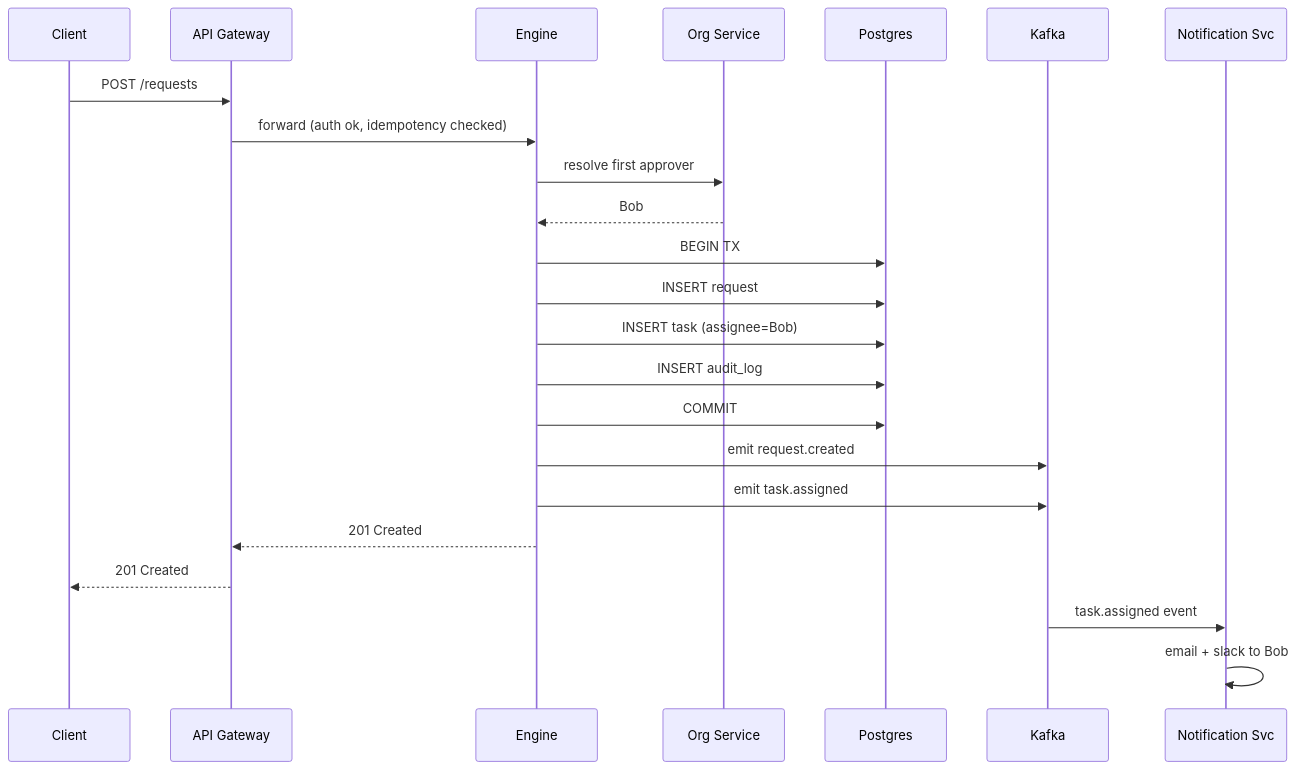
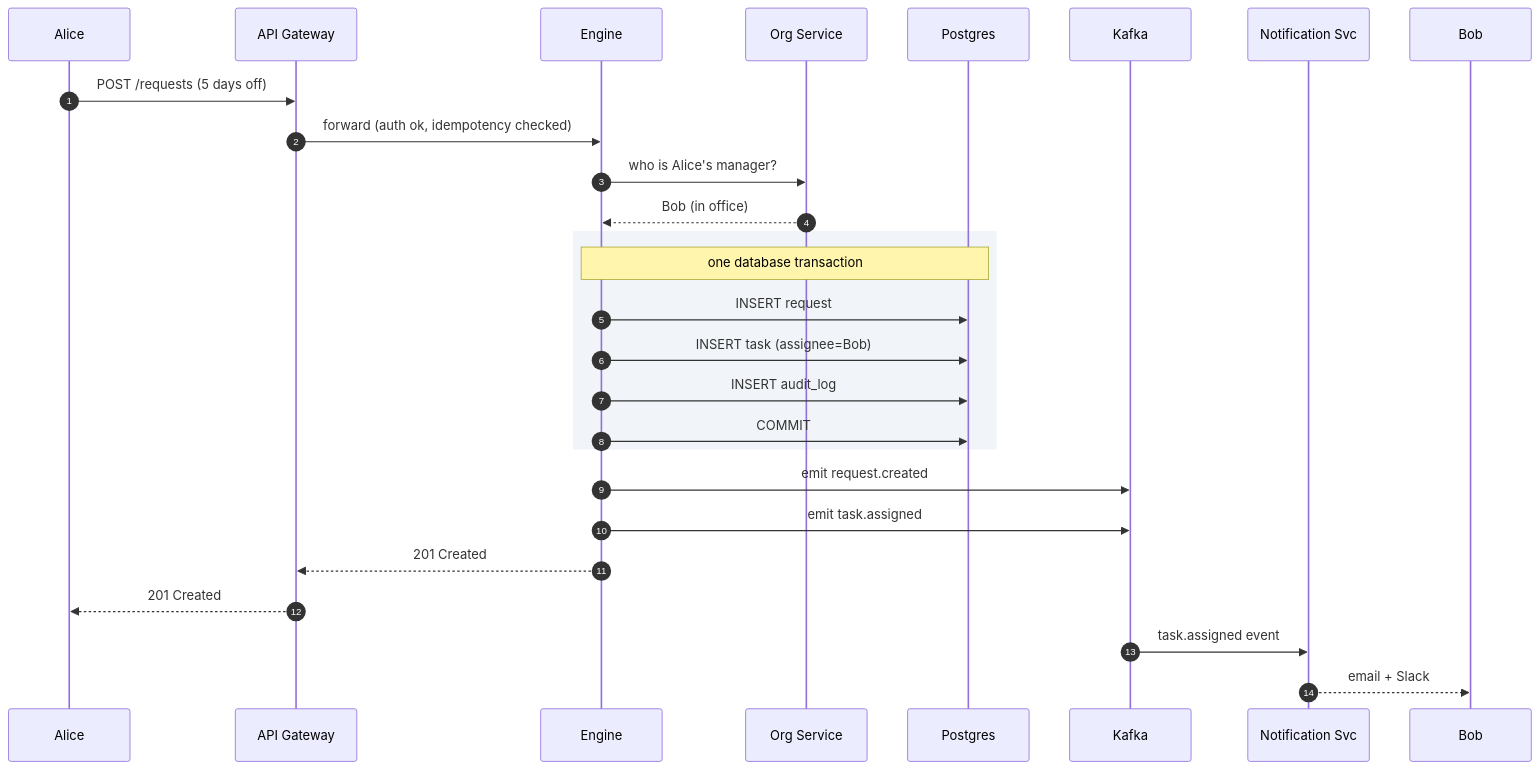
The fourth of 5 diagrams in problems/011-approval-management/solution.md (shiningflash/system-design), drawn with Mermaid before and after one commit. The commit also changed other lines of this file and 1 other file, not shown here.

First line of the commit message:
011 approval: clearer prose, color-grouped mermaid, build-up architecture

````diff
--- a/problems/011-approval-management/solution.md
+++ b/problems/011-approval-management/solution.md
@@ -365,26 +359,31 @@
 ```mermaid
 sequenceDiagram
-    participant Client
-    participant Gateway as API Gateway
-    participant Engine
-    participant Org as Org Service
+    autonumber
+    participant Alice
+    participant GW as API Gateway
+    participant E as Engine
+    participant O as Org Service
     participant DB as Postgres
-    participant Kafka
-    participant Notify as Notification Svc
+    participant K as Kafka
+    participant N as Notification Svc
 
-    Client->>Gateway: POST /requests
-    Gateway->>Engine: forward (auth ok, idempotency checked)
-    Engine->>Org: resolve first approver
-    Org-->>Engine: Bob
-    Engine->>DB: BEGIN TX
-    Engine->>DB: INSERT request
-    Engine->>DB: INSERT task (assignee=Bob)
-    Engine->>DB: INSERT audit_log
-    Engine->>DB: COMMIT
-    Engine->>Kafka: emit request.created
-    Engine->>Kafka: emit task.assigned
-    Engine-->>Gateway: 201 Created
-    Gateway-->>Client: 201 Created
-    Kafka->>Notify: task.assigned event
-    Notify->>Notify: email + slack to Bob
+    Alice->>GW: POST /requests (5 days off)
+    GW->>E: forward (auth ok, idempotency checked)
+    E->>O: who is Alice's manager?
+    O-->>E: Bob (in office)
+
+    rect rgb(241, 245, 249)
+        Note over E,DB: one database transaction
+        E->>DB: INSERT request
+        E->>DB: INSERT task (assignee=Bob)
+        E->>DB: INSERT audit_log
+        E->>DB: COMMIT
+    end
+
+    E->>K: emit request.created
+    E->>K: emit task.assigned
+    E-->>GW: 201 Created
+    GW-->>Alice: 201 Created
+    K->>N: task.assigned event
+    N-->>Bob: email + Slack
 ```
````
